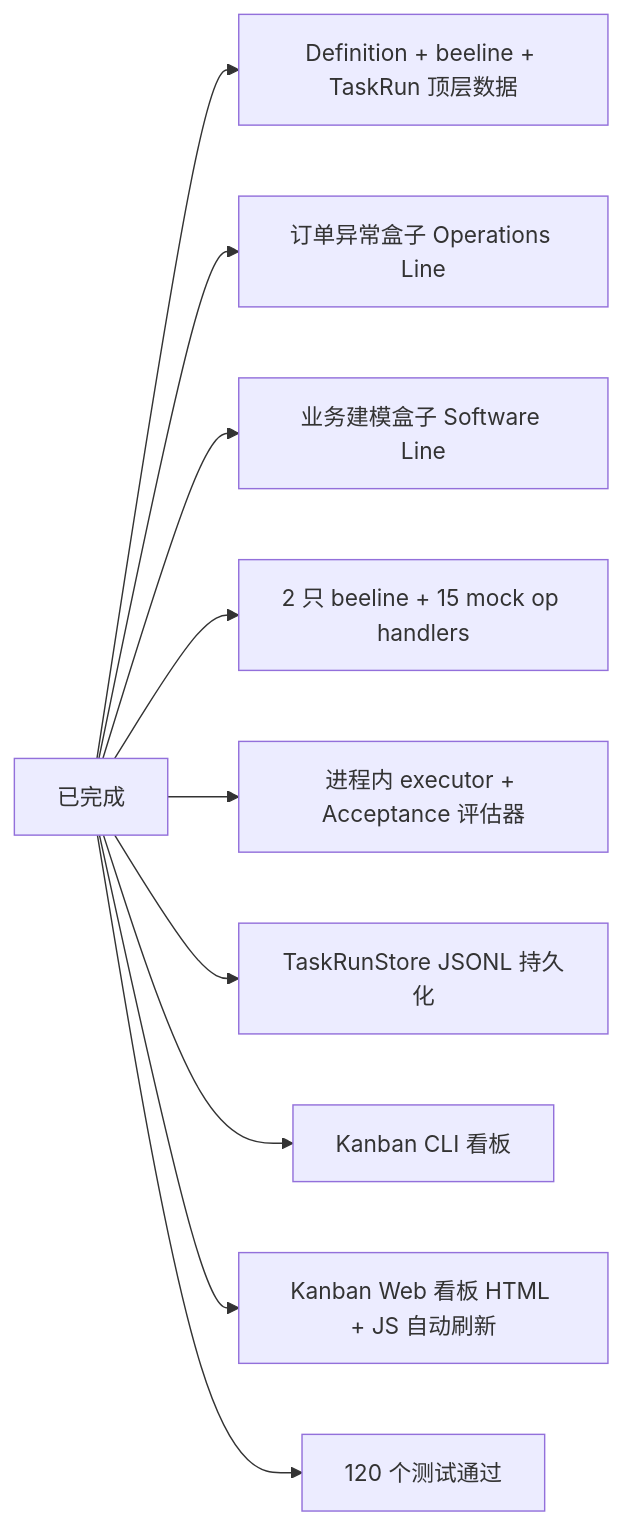
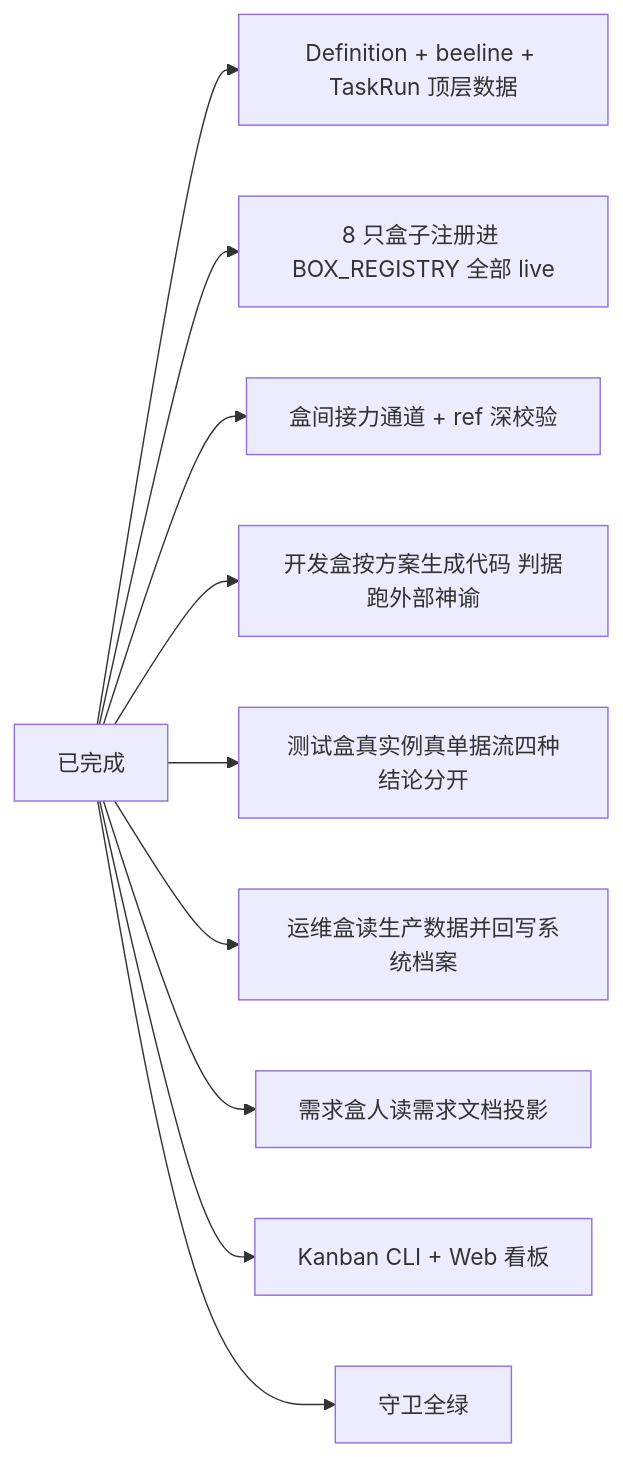
The second of 2 diagrams in README.md (chehuizi/beeOS), drawn with Mermaid before and after one commit. The commit also changed other lines of this file and 22 other files, not shown here.

````diff
--- a/README.md
+++ b/README.md
@@ -104,13 +126,13 @@
 ```mermaid
 flowchart LR
     Done[已完成]
     Done --> S1[Definition + beeline + TaskRun 顶层数据]
-    Done --> S2[订单异常盒子 Operations Line]
-    Done --> S3[业务建模盒子 Software Line]
-    Done --> S4[2 只 beeline + 15 mock op handlers]
-    Done --> S5[进程内 executor + Acceptance 评估器]
-    Done --> S6[TaskRunStore JSONL 持久化]
-    Done --> S7[Kanban CLI 看板]
-    Done --> S8[Kanban Web 看板 HTML + JS 自动刷新]
-    Done --> S9[120 个测试通过]
+    Done --> S2[8 只盒子注册进 BOX_REGISTRY 全部 live]
+    Done --> S3[盒间接力通道 + ref 深校验]
+    Done --> S4[开发盒按方案生成代码 判据跑外部神谕]
+    Done --> S5[测试盒真实例真单据流四种结论分开]
+    Done --> S6[运维盒读生产数据并回写系统档案]
+    Done --> S7[需求盒人读需求文档投影]
+    Done --> S8[Kanban CLI + Web 看板]
+    Done --> S9[守卫全绿]
 ```
````
